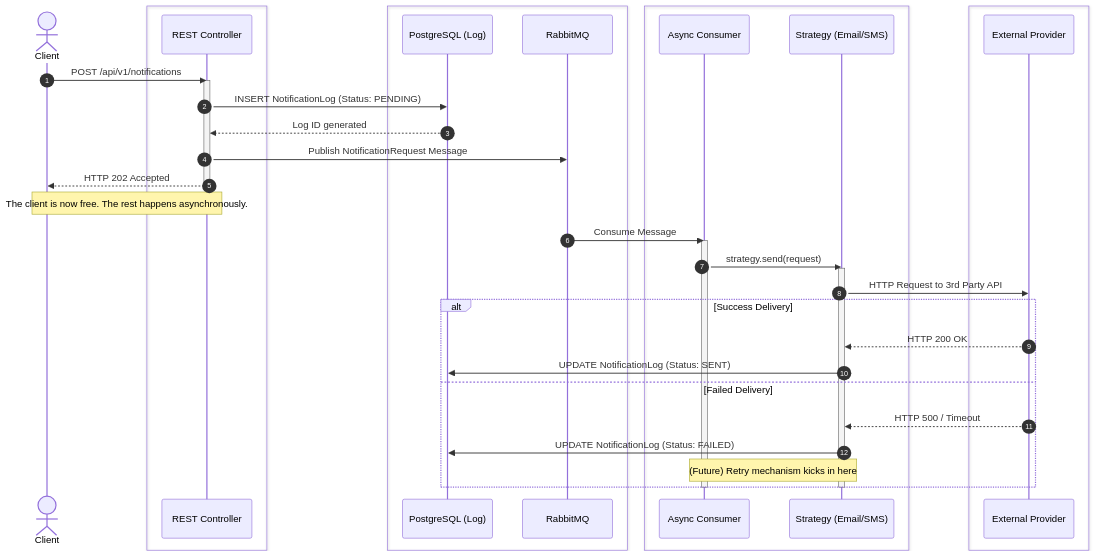
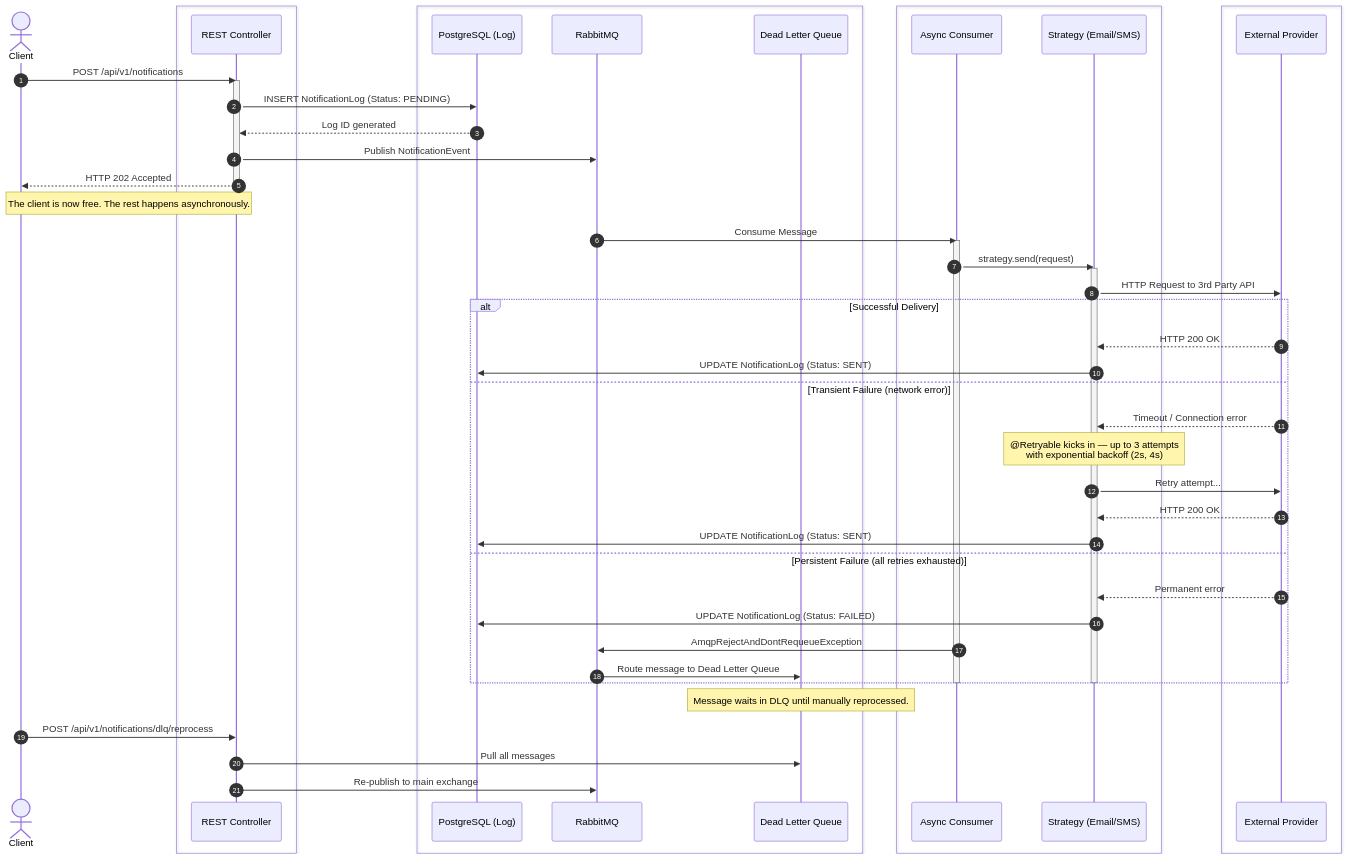
The second of 4 diagrams in ARCHITECTURE.md (pmfml/multi-channel-notification-engine), drawn with Mermaid before and after one commit. The commit also changed other lines of this file and 22 other files, not shown here.

````diff
--- a/ARCHITECTURE.md
+++ b/ARCHITECTURE.md
@@ -53,48 +56,61 @@
 ```mermaid
 sequenceDiagram
     autonumber
     actor Client
 
     box #85C1E9 MCNE Core
         participant API as REST Controller
     end
     box #F5B041 Infrastructure
         participant DB as PostgreSQL (Log)
         participant MQ as RabbitMQ
+        participant DLQ as Dead Letter Queue
     end
     box #F7DC6F Async Worker
         participant Worker as Async Consumer
         participant Strategy as Strategy (Email/SMS)
     end
     box #82E0AA External Services
         participant External as External Provider
     end
 
     Client->>API: POST /api/v1/notifications
     activate API
     API->>DB: INSERT NotificationLog (Status: PENDING)
     DB-->>API: Log ID generated
-    API->>MQ: Publish NotificationRequest Message
+    API->>MQ: Publish NotificationEvent
     API-->>Client: HTTP 202 Accepted
     deactivate API
 
     Note over Client,API: The client is now free. The rest happens asynchronously.
 
     MQ->>Worker: Consume Message
     activate Worker
     Worker->>Strategy: strategy.send(request)
     activate Strategy
     Strategy->>External: HTTP Request to 3rd Party API
 
-    alt Success Delivery
+    alt Successful Delivery
         External-->>Strategy: HTTP 200 OK
         Strategy->>DB: UPDATE NotificationLog (Status: SENT)
-    else Failed Delivery
-        External-->>Strategy: HTTP 500 / Timeout
+    else Transient Failure (network error)
+        External-->>Strategy: Timeout / Connection error
+        Note over Strategy: @Retryable kicks in — up to 3 attempts<br/>with exponential backoff (2s, 4s)
+        Strategy->>External: Retry attempt...
+        External-->>Strategy: HTTP 200 OK
+        Strategy->>DB: UPDATE NotificationLog (Status: SENT)
+    else Persistent Failure (all retries exhausted)
+        External-->>Strategy: Permanent error
         Strategy->>DB: UPDATE NotificationLog (Status: FAILED)
-        Note over Strategy,Worker: (Future) Retry mechanism kicks in here
+        Worker->>MQ: AmqpRejectAndDontRequeueException
+        MQ->>DLQ: Route message to Dead Letter Queue
     end
 
     deactivate Strategy
     deactivate Worker
+
+    Note over DLQ: Message waits in DLQ until manually reprocessed.
+    Client->>API: POST /api/v1/notifications/dlq/reprocess
+    API->>DLQ: Pull all messages
+    API->>MQ: Re-publish to main exchange
 ```
````
